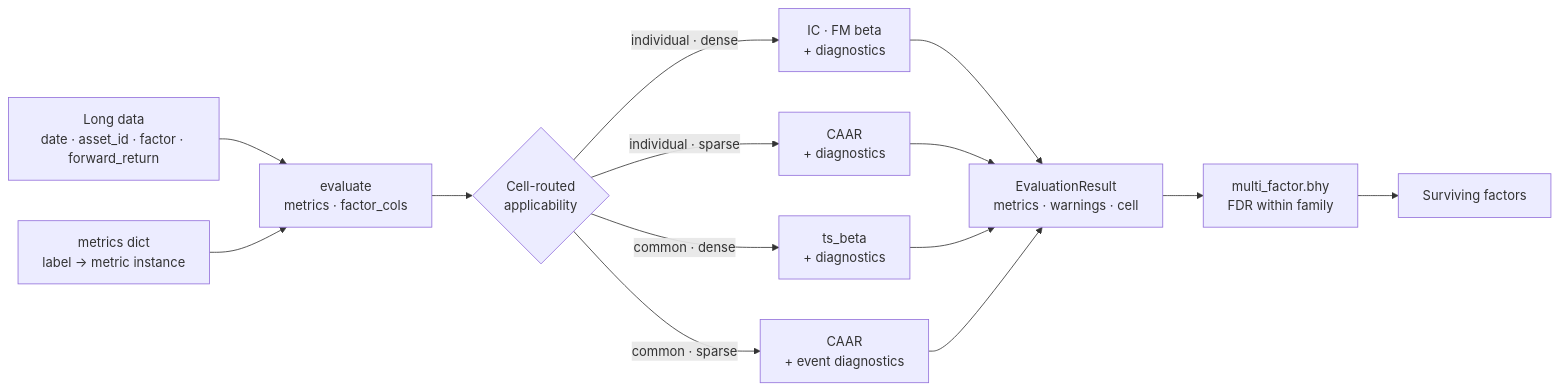
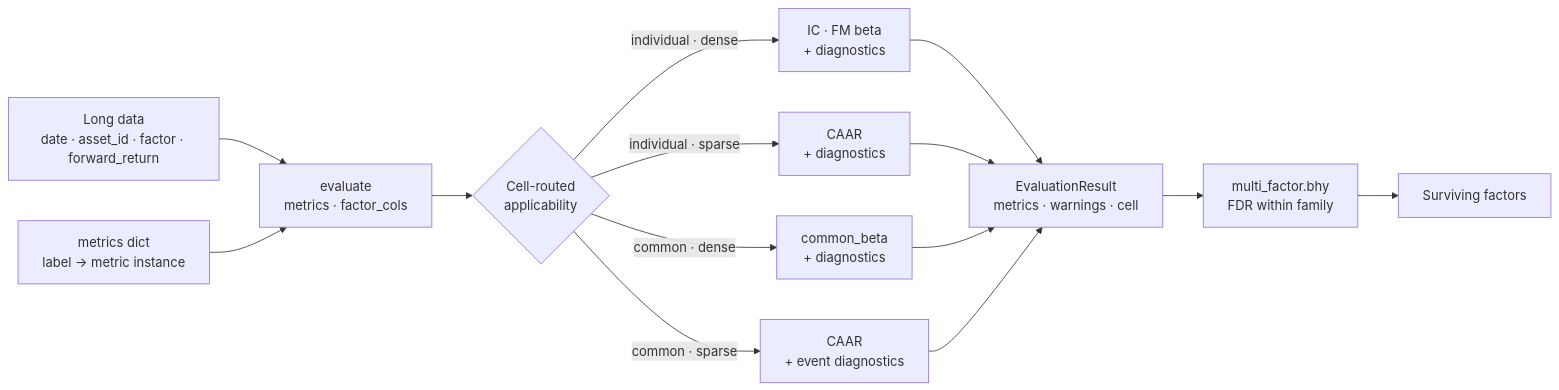
Before and after one commit to awwesomeman/factrix: the second of 3 diagrams in docs/where-factrix-fits.md, drawn with Mermaid. The commit also changed 77 other files, not shown here.

````diff
--- a/docs/where-factrix-fits.md
+++ b/docs/where-factrix-fits.md
@@ -78,16 +78,16 @@
 ```mermaid
 flowchart LR
     DATA[Long data<br/>date · asset_id · factor · forward_return] --> EVAL[evaluate<br/>metrics · factor_cols]
     METRICS[metrics dict<br/>label → metric instance] --> EVAL
     EVAL --> DISP{Cell-routed<br/>applicability}
     DISP -->|individual · dense| CS[IC · FM beta<br/>+ diagnostics]
     DISP -->|individual · sparse| EV[CAAR<br/>+ diagnostics]
-    DISP -->|common · dense| CO[ts_beta<br/>+ diagnostics]
+    DISP -->|common · dense| CO[common_beta<br/>+ diagnostics]
     DISP -->|common · sparse| DUM[CAAR<br/>+ event diagnostics]
     CS --> RES[EvaluationResult<br/>metrics · warnings · cell]
     EV --> RES
     CO --> RES
     DUM --> RES
     RES --> BHY[multi_factor.bhy<br/>FDR within family]
     BHY --> SURV[Surviving factors]
 ```
````
